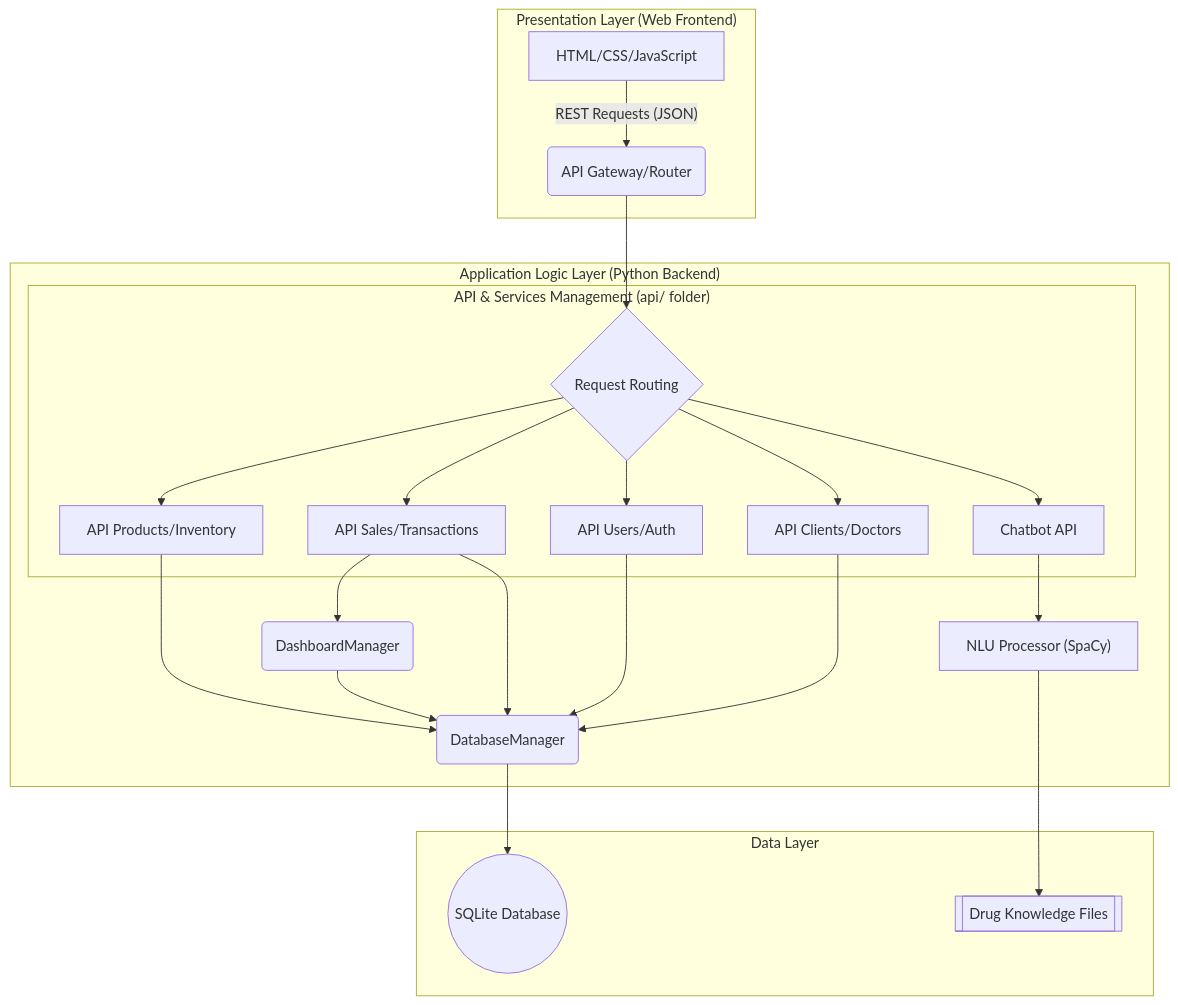
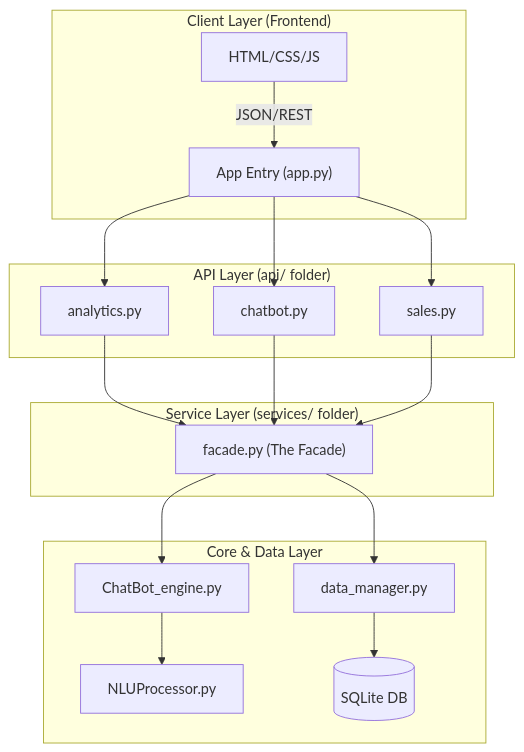
The first of 3 diagrams in documentation.md (Mathieu7483/Portfolio), drawn with Mermaid before and after one commit. The commit also changed other lines of this file, not shown here.

First line of the commit message:
Revise and update Pharma Dashboard API documentation

````diff
--- a/documentation.md
+++ b/documentation.md
@@ -20,33 +29,24 @@
 ```mermaid
 graph TD
-    subgraph Client["Presentation Layer (Web Frontend)"]
-        A["HTML/CSS/JavaScript"] -- REST Requests (JSON) --> B("API Gateway/Router")
+    subgraph Client_Side["Client Layer (Frontend)"]
+        UI["HTML/CSS/JS"] -- JSON/REST --> Router["App Entry (app.py)"]
     end
 
-    subgraph Server["Application Logic Layer (Python Backend)"]
-        B --> R{"Request Routing"}
-
-        subgraph API["API & Services Management (api/ folder)"]
-            R --> P["API Products/Inventory"]
-            R --> S["API Sales/Transactions"]
-            R --> U["API Users/Auth"]
-            R --> CD["API Clients/Doctors"]
-            R --> CB["Chatbot API"]
-        end
-        
-        S --> M("DashboardManager")
-        
-        %% Logical Dependencies
-        CB --> E["NLU Processor (SpaCy)"]
-        P --> F("DatabaseManager")
-        S --> F
-        U --> F
-        CD --> F
-        M --> F
+    subgraph API_Layer["API Layer (api/ folder)"]
+        Router --> BA["analytics.py"]
+        Router --> BC["chatbot.py"]
+        Router --> BS["sales.py"]
     end
 
-    subgraph Persistence["Data Layer"]
-        F --> H(("SQLite Database"))
-        E --> I[["Drug Knowledge Files"]]
+    subgraph Service_Layer["Service Layer (services/ folder)"]
+        BA & BC & BS --> F["facade.py (The Facade)"]
     end
+
+    subgraph Logic_Layer["Core & Data Layer"]
+        F --> CBE["ChatBot_engine.py"]
+        F --> DBM["data_manager.py"]
+        CBE --> NLU["NLUProcessor.py"]
+        DBM --> SQL[("SQLite DB")]
+    end
+
 ```
````
